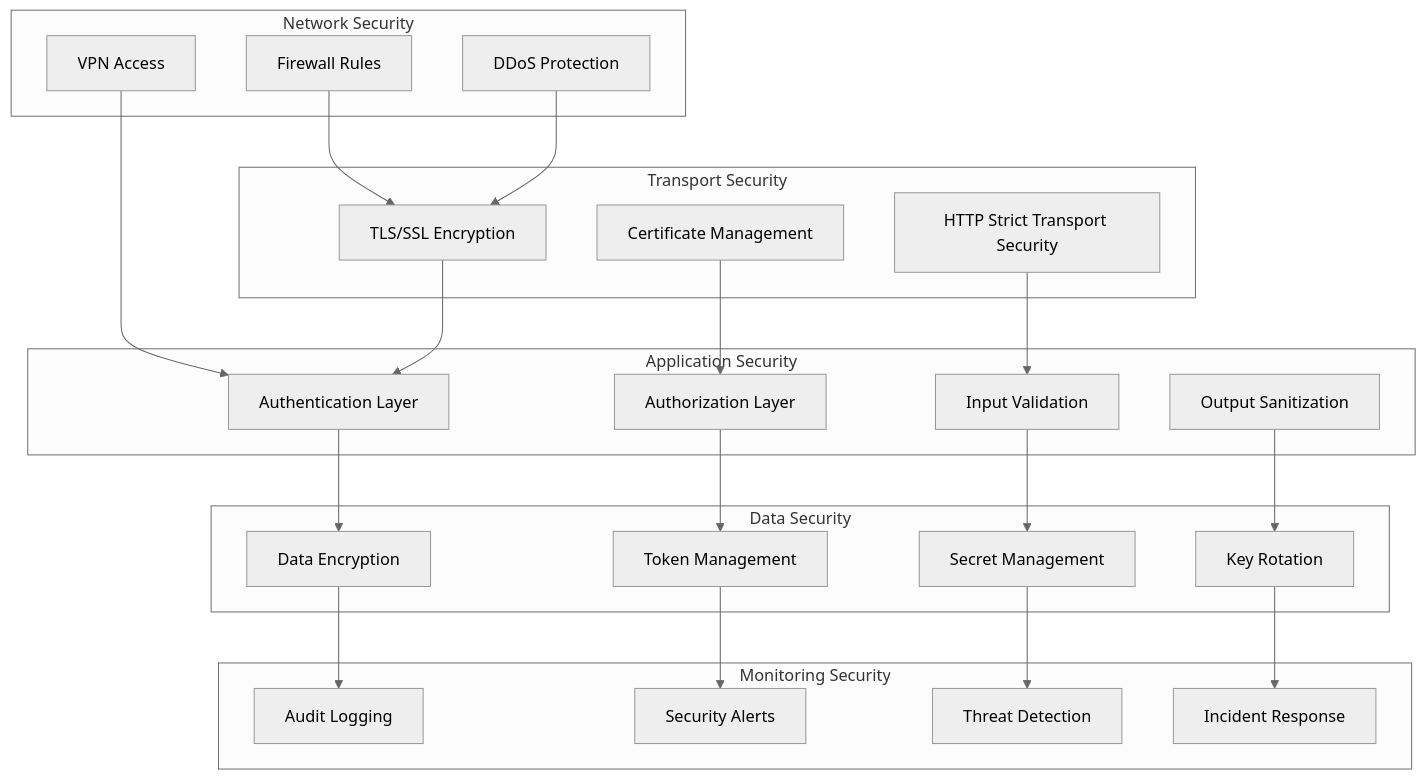
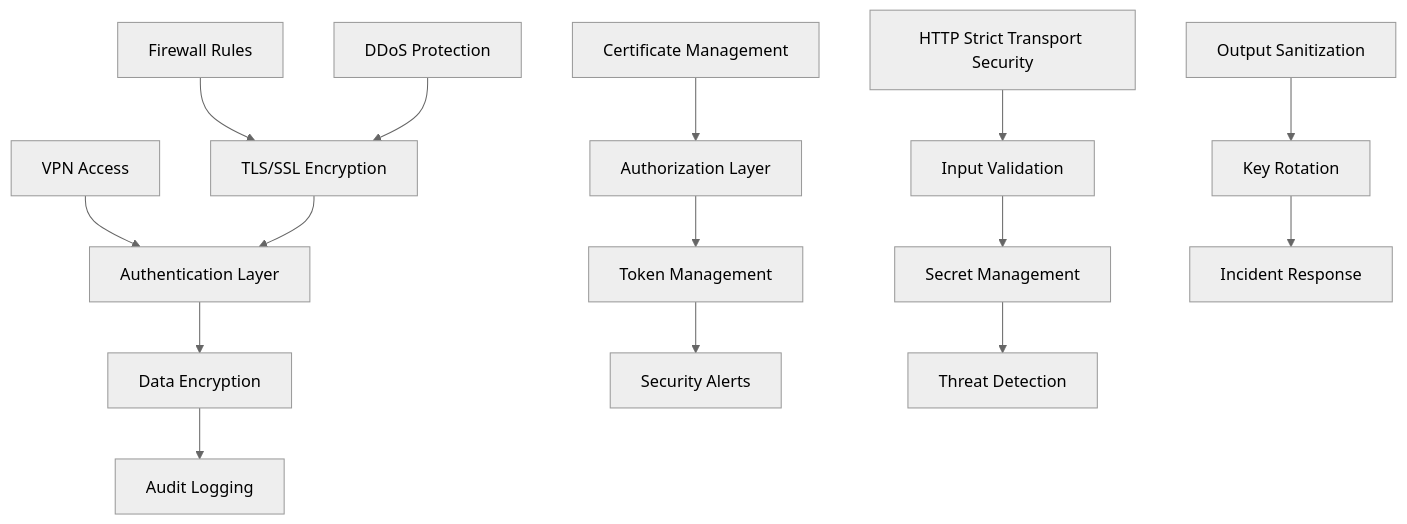
Diagram 11 of 16 in docs/guide/architecture.md (fluxsce/gateway), drawn with Mermaid (neutral theme) before and after one commit. The commit also changed other lines of this file and 1 other file, not shown here.

Commit message:
架构图显示错误修复

````diff
--- a/docs/guide/architecture.md
+++ b/docs/guide/architecture.md
@@ -495,53 +316,20 @@
 ```mermaid
 graph TB
-    subgraph "Network Security"
-        Firewall[Firewall Rules]
-        DDoS[DDoS Protection]
-        VPN[VPN Access]
-    end
-    
-    subgraph "Transport Security"
-        TLS[TLS/SSL Encryption]
-        Certificates[Certificate Management]
-        HSTS[HTTP Strict Transport Security]
-    end
-    
-    subgraph "Application Security"
-        Authentication[Authentication Layer]
-        Authorization[Authorization Layer]
-        InputValidation[Input Validation]
-        OutputSanitization[Output Sanitization]
-    end
-    
-    subgraph "Data Security"
-        Encryption[Data Encryption]
-        TokenMgmt[Token Management]
-        SecretMgmt[Secret Management]
-        KeyRotation[Key Rotation]
-    end
-    
-    subgraph "Monitoring Security"
-        AuditLog[Audit Logging]
-        SecurityAlerts[Security Alerts]
-        ThreatDetection[Threat Detection]
-        IncidentResponse[Incident Response]
-    end
-    
-    Firewall --> TLS
-    DDoS --> TLS
-    VPN --> Authentication
+    Firewall[Firewall Rules] --> TLS[TLS/SSL Encryption]
+    DDoS[DDoS Protection] --> TLS
+    VPN[VPN Access] --> Authentication[Authentication Layer]
     
     TLS --> Authentication
-    Certificates --> Authorization
-    HSTS --> InputValidation
+    Certificates[Certificate Management] --> Authorization[Authorization Layer]
+    HSTS[HTTP Strict Transport Security] --> InputValidation[Input Validation]
     
-    Authentication --> Encryption
-    Authorization --> TokenMgmt
-    InputValidation --> SecretMgmt
-    OutputSanitization --> KeyRotation
+    Authentication --> Encryption[Data Encryption]
+    Authorization --> TokenMgmt[Token Management]
+    InputValidation --> SecretMgmt[Secret Management]
+    OutputSanitization[Output Sanitization] --> KeyRotation[Key Rotation]
     
-    Encryption --> AuditLog
-    TokenMgmt --> SecurityAlerts
-    SecretMgmt --> ThreatDetection
-    KeyRotation --> IncidentResponse
+    Encryption --> AuditLog[Audit Logging]
+    TokenMgmt --> SecurityAlerts[Security Alerts]
+    SecretMgmt --> ThreatDetection[Threat Detection]
+    KeyRotation --> IncidentResponse[Incident Response]
 ```
````
